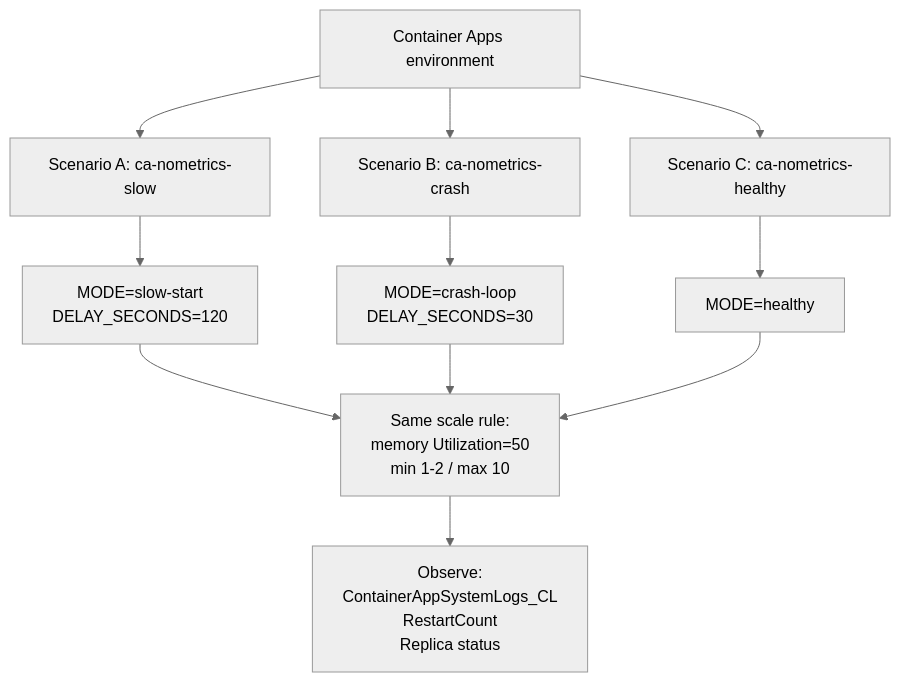
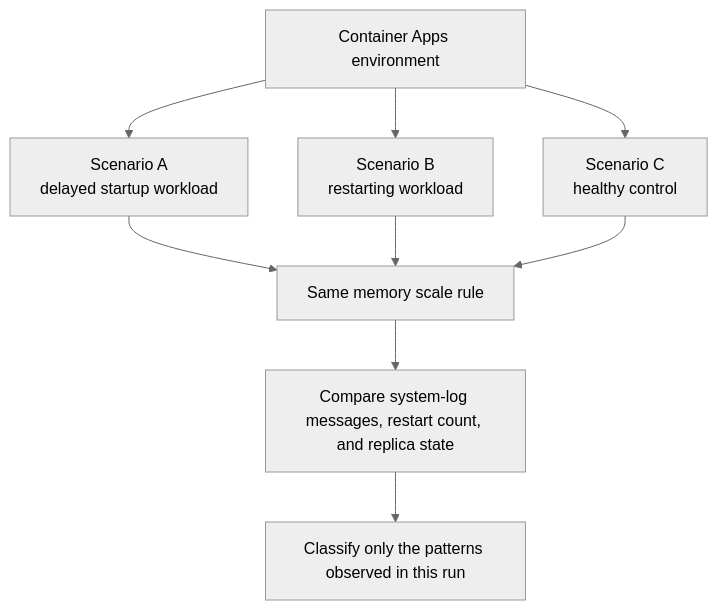
Before and after one commit to yeongseon/azure-container-apps-practical-guide: the diagram in docs/troubleshooting/lab-guides/keda-no-metrics-returned.md, drawn with Mermaid (neutral theme). The commit also changed other lines of this file and 25 other files, not shown here.

Commit message:
docs(diagrams): migrate lab guide diagrams (#624)

````diff
--- a/docs/troubleshooting/lab-guides/keda-no-metrics-returned.md
+++ b/docs/troubleshooting/lab-guides/keda-no-metrics-returned.md
@@ -118,13 +118,11 @@
 ```mermaid
 flowchart TD
-    A["Container Apps environment"] --> B["Scenario A: ca-nometrics-slow"]
-    A --> C["Scenario B: ca-nometrics-crash"]
-    A --> D["Scenario C: ca-nometrics-healthy"]
-    B --> B1["MODE=slow-start<br/>DELAY_SECONDS=120"]
-    C --> C1["MODE=crash-loop<br/>DELAY_SECONDS=30"]
-    D --> D1["MODE=healthy"]
-    B1 --> S["Same scale rule:<br/>memory Utilization=50<br/>min 1-2 / max 10"]
-    C1 --> S
-    D1 --> S
-    S --> R["Observe:<br/>ContainerAppSystemLogs_CL<br/>RestartCount<br/>Replica status"]
+    ENV["Container Apps environment"] --> SLOW["Scenario A<br/>delayed startup workload"]
+    ENV --> CRASH["Scenario B<br/>restarting workload"]
+    ENV --> HEALTHY["Scenario C<br/>healthy control"]
+    SLOW --> RULE["Same memory scale rule"]
+    CRASH --> RULE
+    HEALTHY --> RULE
+    RULE --> EVIDENCE["Compare system-log messages, restart count, and replica state"]
+    EVIDENCE --> CLASSIFY["Classify only the patterns observed in this run"]
 ```
````
